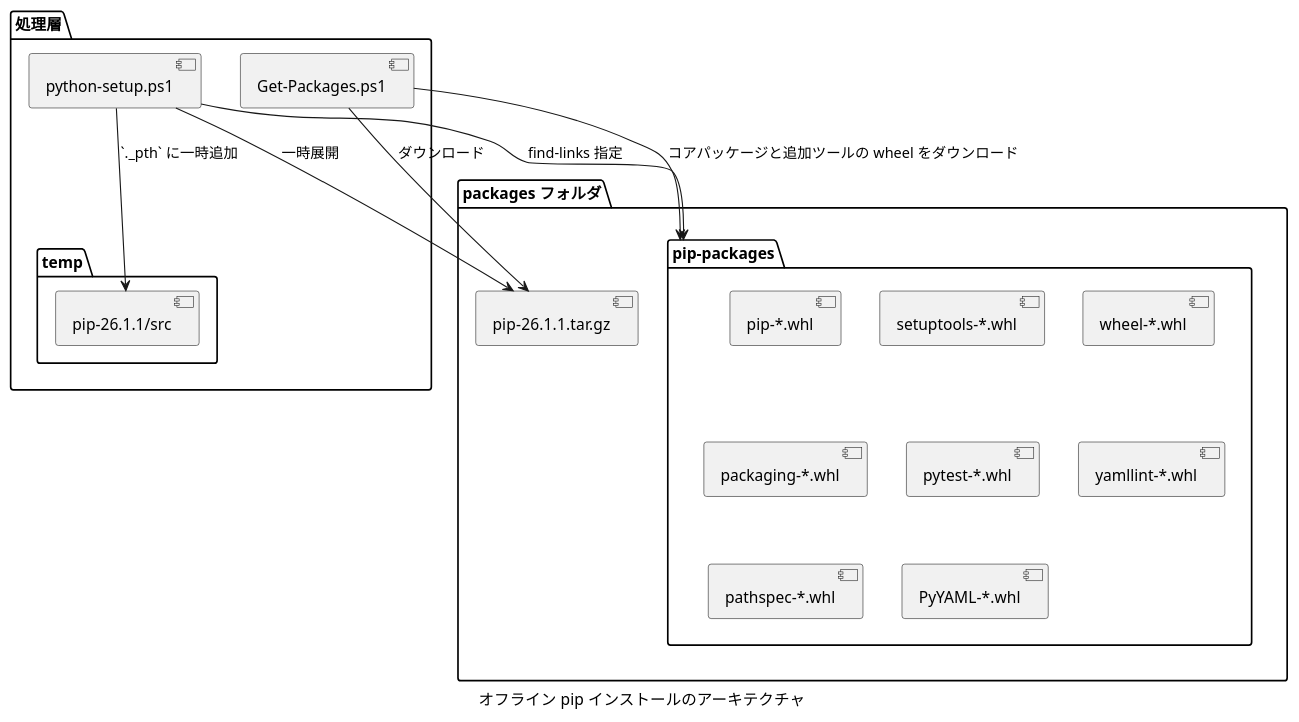
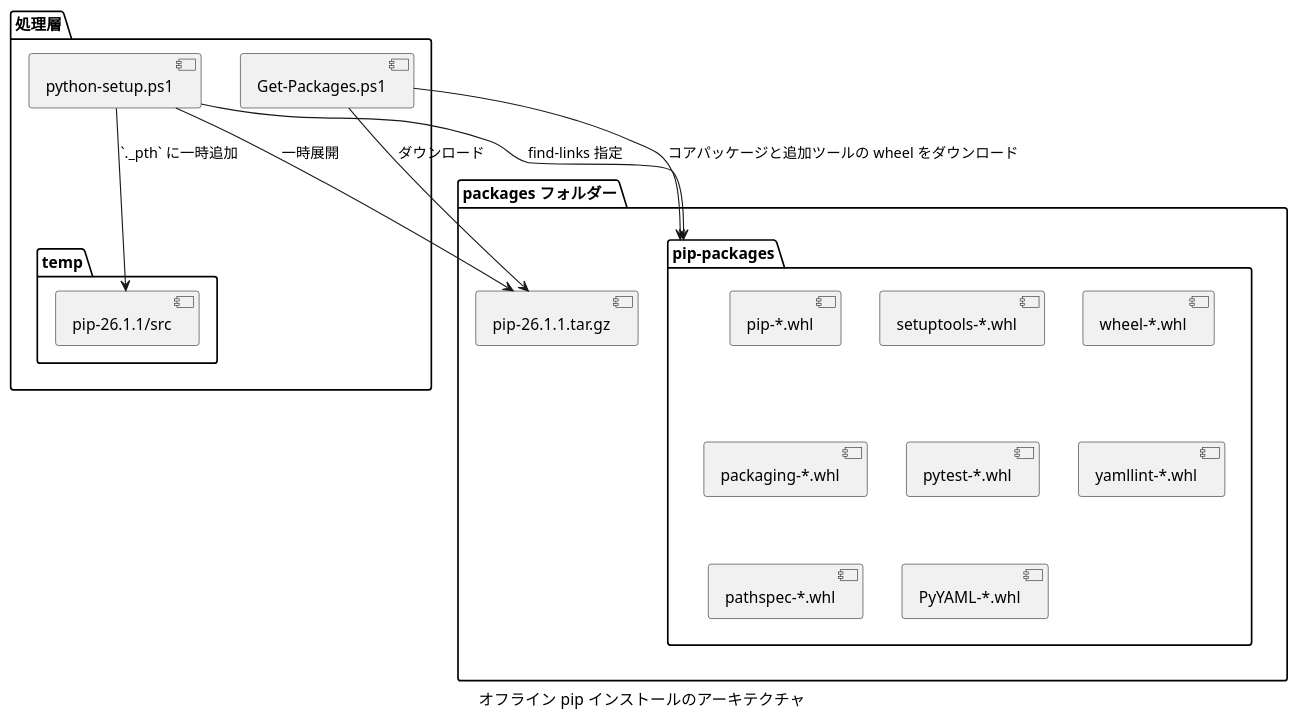
The first of 4 diagrams in docs/offline-pip-design.md (Hondarer/devbin-win), drawn with PlantUML before and after one commit. The commit also changed other lines of this file and 37 other files, not shown here.

````diff
--- a/docs/offline-pip-design.md
+++ b/docs/offline-pip-design.md
@@ -18,32 +18,32 @@
 ```plantuml
 @startuml オフライン pip インストールのアーキテクチャ
 caption オフライン pip インストールのアーキテクチャ
-package "packages フォルダ" {
+package "packages フォルダー" {
   [pip-26.1.1.tar.gz]
   folder "pip-packages" {
     [pip-*.whl]
     [setuptools-*.whl]
     [wheel-*.whl]
     [packaging-*.whl]
     [pytest-*.whl]
     [yamllint-*.whl]
     [pathspec-*.whl]
     [PyYAML-*.whl]
   }
 }
 
 package "処理層" {
   [Get-Packages.ps1] as getpkg
   [python-setup.ps1] as pysetup
   folder "temp" {
     [pip-26.1.1/src]
   }
 }
 
 getpkg --> [pip-26.1.1.tar.gz] : ダウンロード
 getpkg --> [pip-packages] : コアパッケージと追加ツールの wheel をダウンロード
 pysetup --> [pip-26.1.1.tar.gz] : 一時展開
 pysetup --> [pip-26.1.1/src] : `._pth` に一時追加
 pysetup --> [pip-packages] : find-links 指定
 @enduml
 ```
````
